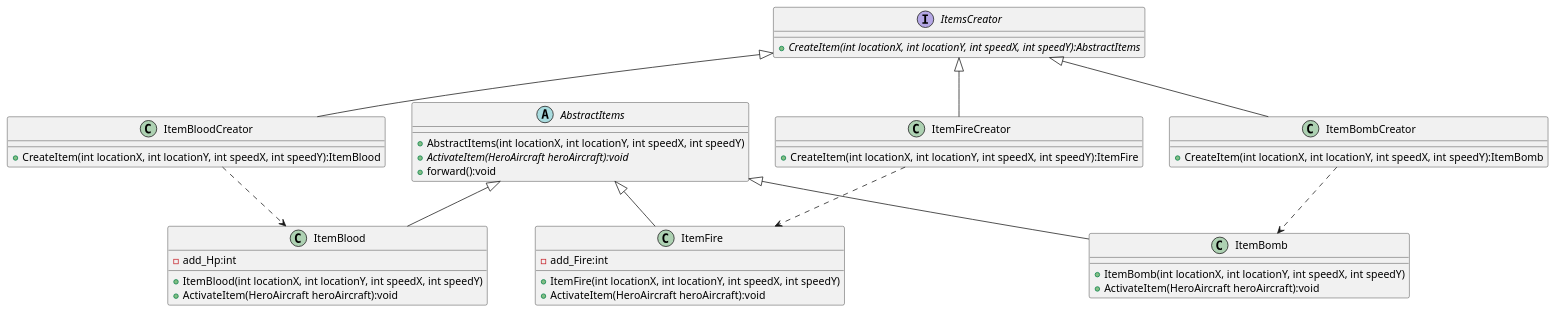
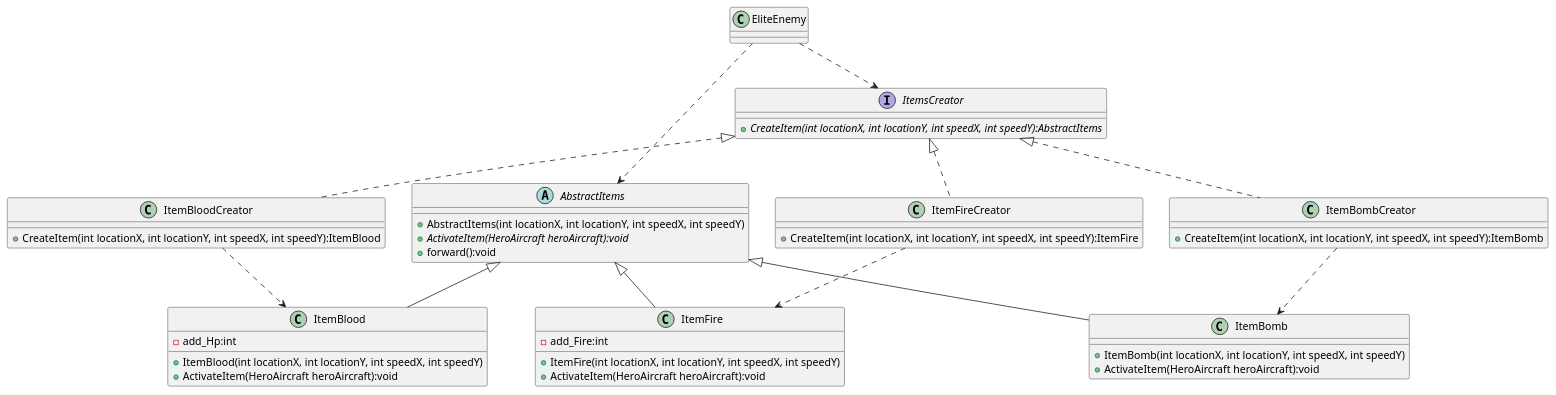
One commit to HenryZ5734/MyAircraftWar changed the diagram in uml/itemfactory.puml. Above: the diagram before and after it, drawn with PlantUML. The commit also changed 2 other files, not shown here.

Commit message:
修改了单例模式和工厂模式的uml类图

```diff
--- a/uml/itemfactory.puml
+++ b/uml/itemfactory.puml
@@ -1,54 +1,59 @@
 @startuml
+
+class EliteEnemy{}
 
 abstract class AbstractItems{
     + AbstractItems(int locationX, int locationY, int speedX, int speedY)
     + {abstract}ActivateItem(HeroAircraft heroAircraft):void
     + forward():void
 }
 
 interface ItemsCreator{
     + {abstract}CreateItem(int locationX, int locationY, int speedX, int speedY):AbstractItems
 }
 
+EliteEnemy ..> ItemsCreator
+EliteEnemy ..> AbstractItems
+
 AbstractItems <|-- ItemBlood
 AbstractItems <|-- ItemFire
 AbstractItems <|-- ItemBomb
 
-ItemsCreator <|-- ItemBloodCreator
-ItemsCreator <|-- ItemFireCreator
-ItemsCreator <|-- ItemBombCreator
+ItemsCreator <|.. ItemBloodCreator
+ItemsCreator <|.. ItemFireCreator
+ItemsCreator <|.. ItemBombCreator
 
 ItemBloodCreator ..> ItemBlood
 ItemFireCreator ..> ItemFire
 ItemBombCreator ..> ItemBomb
 
 class ItemBlood{
     - add_Hp:int
     + ItemBlood(int locationX, int locationY, int speedX, int speedY)
     + ActivateItem(HeroAircraft heroAircraft):void
 }
 
 class ItemFire{
     - add_Fire:int
     + ItemFire(int locationX, int locationY, int speedX, int speedY)
     + ActivateItem(HeroAircraft heroAircraft):void
 }
 
 class ItemBomb{
     + ItemBomb(int locationX, int locationY, int speedX, int speedY)
     + ActivateItem(HeroAircraft heroAircraft):void
 }
 
 class ItemBloodCreator{
     + CreateItem(int locationX, int locationY, int speedX, int speedY):ItemBlood
 }
 
 class ItemFireCreator{
     + CreateItem(int locationX, int locationY, int speedX, int speedY):ItemFire
 }
 
 class ItemBombCreator{
     + CreateItem(int locationX, int locationY, int speedX, int speedY):ItemBomb
 }
 
 @enduml
```
